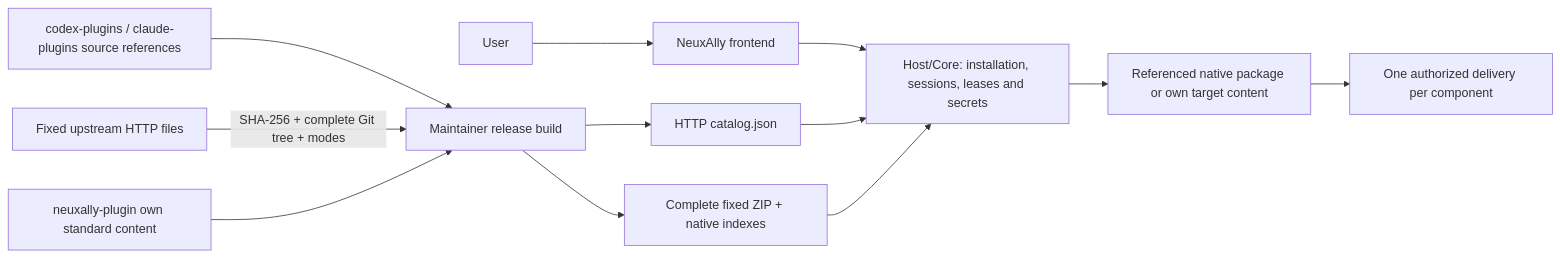
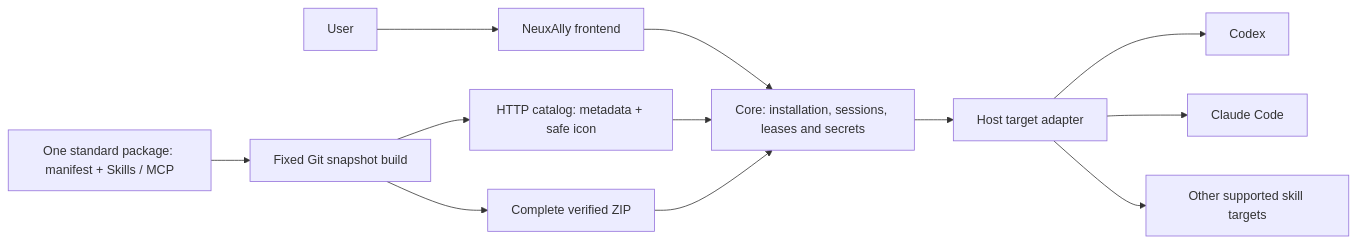
Before and after one commit to JieWaZi/NeuAally-Plugins: the first of 2 diagrams in README.md, drawn with Mermaid. The commit also changed other lines of this file and 604 other files, not shown here.

````diff
--- a/README.md
+++ b/README.md
@@ -30,14 +26,14 @@
 ```mermaid
 flowchart LR
-  Sources[codex-plugins / claude-plugins source references] --> Build[Maintainer release build]
-  Upstream[Fixed upstream HTTP files] -->|SHA-256 + complete Git tree + modes| Build
-  Own[neuxally-plugin own standard content] --> Build
-  Build --> ZIP[Complete fixed ZIP + native indexes]
-  Build --> Catalog[HTTP catalog.json]
+  Package[One standard package: manifest + Skills / MCP] --> Build[Fixed Git snapshot build]
+  Build --> Catalog[HTTP catalog: metadata + safe icon]
+  Build --> ZIP[Complete verified ZIP]
   User[User] --> UI[NeuxAlly frontend]
-  UI --> Core[Host/Core: installation, sessions, leases and secrets]
+  UI --> Core[Core: installation, sessions, leases and secrets]
   Catalog --> Core
   ZIP --> Core
-  Core --> Target[Referenced native package or own target content]
-  Target --> Runtime[One authorized delivery per component]
+  Core --> Adapter[Host target adapter]
+  Adapter --> Codex[Codex]
+  Adapter --> Claude[Claude Code]
+  Adapter --> Skills[Other supported skill targets]
 ```
````
